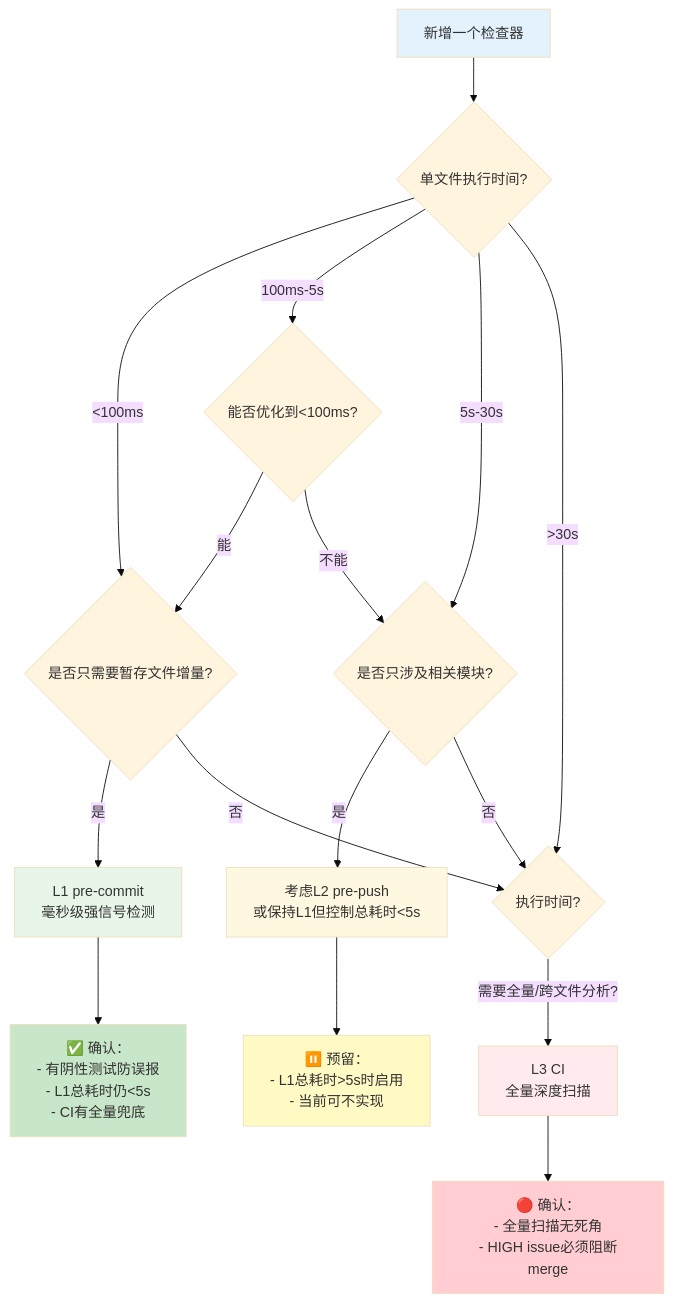
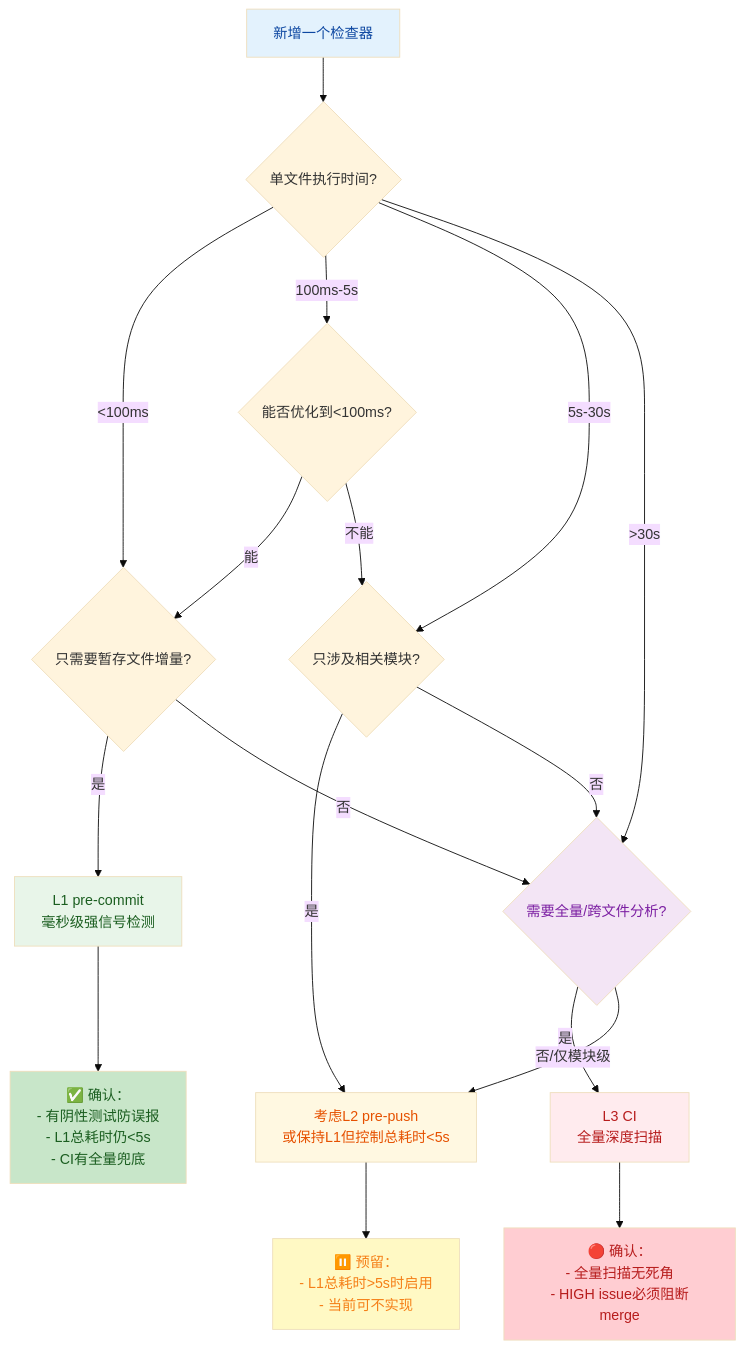
Before and after one commit to xinetzone/SpecWeave: the second of 2 diagrams in docs/retrospective/patterns/methodology-patterns/tools-automation/git-hooks-three-tier-trust.md, drawn with Mermaid (base theme). The commit also changed other lines of this file, not shown here.

Commit message:
docs(patterns): 修复git-hooks-three-tier-trust文档审查问题
- Mermaid图样式添加color文字颜色，暗色主题下可读
- 修复决策树D节点为菱形决策，添加否/仅模块级→L2 else分支，消除逻辑死路
- 统一决策问题措辞（是否只需要→只需要）
- pre-commit YAML配置示例标注为通用参考，说明项目实际使用自定义链式架构
- 决策节点D使用紫色样式高亮区分

````diff
--- a/docs/retrospective/patterns/methodology-patterns/tools-automation/git-hooks-three-tier-trust.md
+++ b/docs/retrospective/patterns/methodology-patterns/tools-automation/git-hooks-three-tier-trust.md
@@ -128,27 +128,29 @@
 ```mermaid
 flowchart TD
     Start[新增一个检查器] --> A{单文件执行时间?}
-    A -->|<100ms| B{是否只需要暂存文件增量?}
+    A -->|<100ms| B{只需要暂存文件增量?}
     B -->|是| C[L1 pre-commit\n毫秒级强信号检测]
-    B -->|否| D{执行时间?}
+    B -->|否| D{需要全量/跨文件分析?}
     A -->|100ms-5s| E{能否优化到<100ms?}
     E -->|能| B
-    E -->|不能| F{是否只涉及相关模块?}
+    E -->|不能| F{只涉及相关模块?}
     F -->|是| G[考虑L2 pre-push\n或保持L1但控制总耗时<5s]
     F -->|否| D
     A -->|5s-30s| F
     A -->|>30s| D
-    D -->|需要全量/跨文件分析?| H[L3 CI\n全量深度扫描]
+    D -->|是| H[L3 CI\n全量深度扫描]
+    D -->|否/仅模块级| G
 
     C --> I[✅ 确认：\n- 有阴性测试防误报\n- L1总耗时仍<5s\n- CI有全量兜底]
     G --> J[⏸️ 预留：\n- L1总耗时>5s时启用\n- 当前可不实现]
     H --> K[🔴 确认：\n- 全量扫描无死角\n- HIGH issue必须阻断merge]
 
-    style Start fill:#e3f2fd
-    style C fill:#e8f5e9
-    style G fill:#fff8e1
-    style H fill:#ffebee
-    style I fill:#c8e6c9
-    style J fill:#fff9c4
-    style K fill:#ffcdd2
+    style Start fill:#e3f2fd,color:#0d47a1
+    style C fill:#e8f5e9,color:#1b5e20
+    style G fill:#fff8e1,color:#e65100
+    style H fill:#ffebee,color:#b71c1c
+    style D fill:#f3e5f5,color:#7b1fa2
+    style I fill:#c8e6c9,color:#1b5e20
+    style J fill:#fff9c4,color:#f57f17
+    style K fill:#ffcdd2,color:#b71c1c
 ```
````
